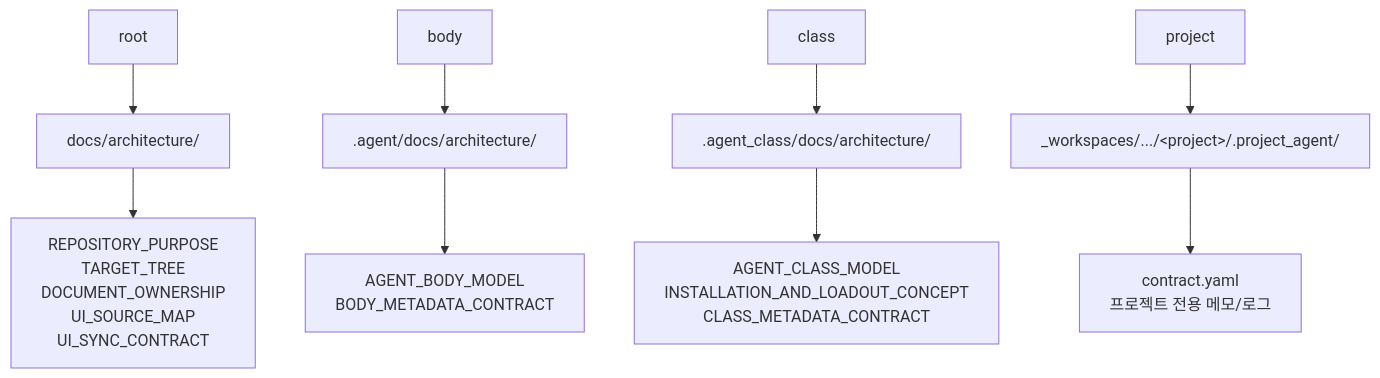
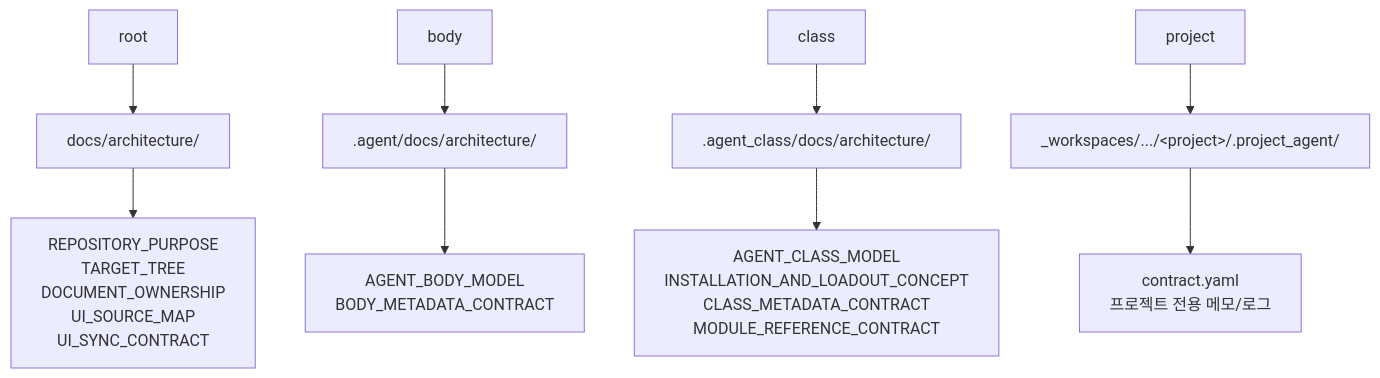
Before and after one commit to SungYongMOON/soulforge: the diagram in docs/architecture/DOCUMENT_OWNERSHIP.md, drawn with Mermaid. The commit also changed other lines of this file and 19 other files, not shown here.

````diff
--- a/docs/architecture/DOCUMENT_OWNERSHIP.md
+++ b/docs/architecture/DOCUMENT_OWNERSHIP.md
@@ -9,11 +9,11 @@
 ```mermaid
 flowchart TD
   O1["root"] --> P1["docs/architecture/"]
   O2["body"] --> P2[".agent/docs/architecture/"]
   O3["class"] --> P3[".agent_class/docs/architecture/"]
   O4["project"] --> P4["_workspaces/.../&lt;project&gt;/.project_agent/"]
   P1 --> E1["REPOSITORY_PURPOSE<br/>TARGET_TREE<br/>DOCUMENT_OWNERSHIP<br/>UI_SOURCE_MAP<br/>UI_SYNC_CONTRACT"]
   P2 --> E2["AGENT_BODY_MODEL<br/>BODY_METADATA_CONTRACT"]
-  P3 --> E3["AGENT_CLASS_MODEL<br/>INSTALLATION_AND_LOADOUT_CONCEPT<br/>CLASS_METADATA_CONTRACT"]
+  P3 --> E3["AGENT_CLASS_MODEL<br/>INSTALLATION_AND_LOADOUT_CONCEPT<br/>CLASS_METADATA_CONTRACT<br/>MODULE_REFERENCE_CONTRACT"]
   P4 --> E4["contract.yaml<br/>프로젝트 전용 메모/로그"]
 ```
````
